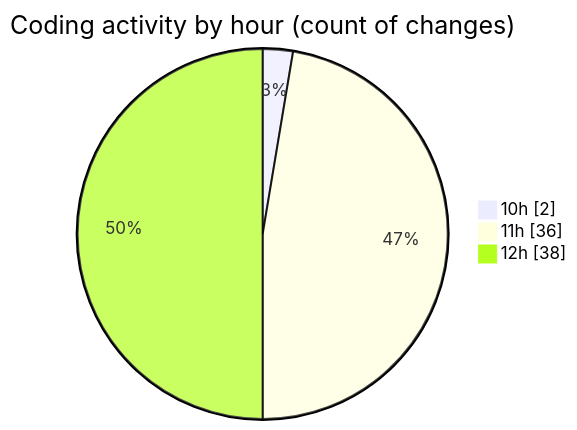
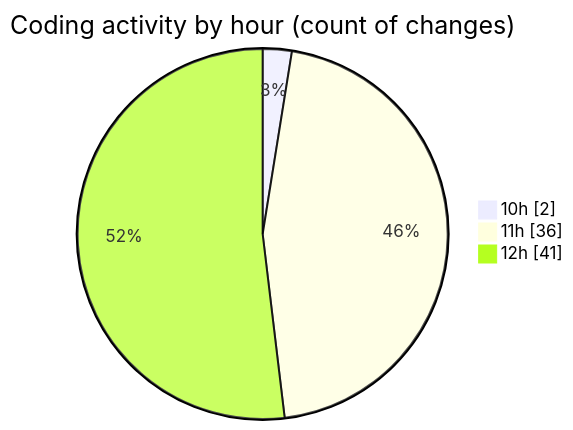
One commit to nxtqubesakshisongat/code-tracking changed the second of 2 diagrams in 2025-05-13/argos-dev/README.md. Above: the diagram before and after it, drawn with Mermaid. The commit also changed other lines of this file and 1 other file, not shown here.

````diff
--- a/2025-05-13/argos-dev/README.md
+++ b/2025-05-13/argos-dev/README.md
@@ -31,7 +31,7 @@
 ```mermaid
 pie showData
 title Coding activity by hour (count of changes)
 "10h" : 2
 "11h" : 36
-"12h" : 38
+"12h" : 41
 ```
````
